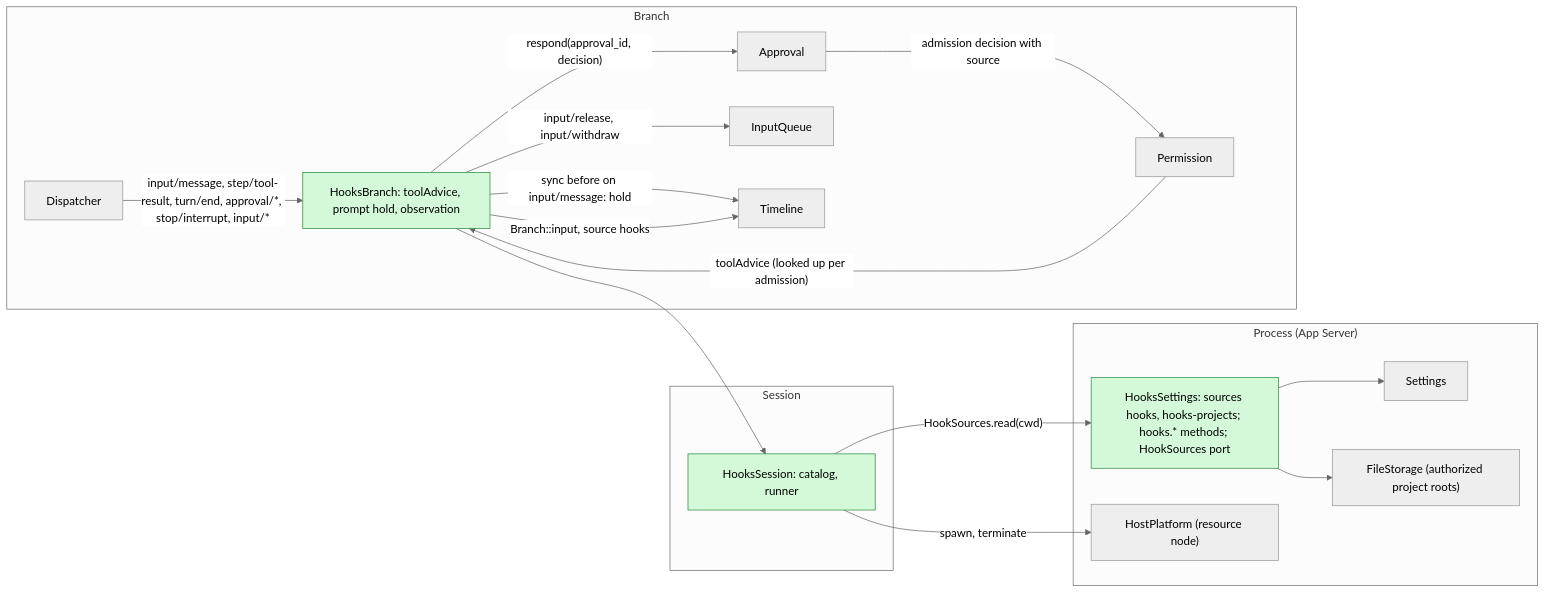
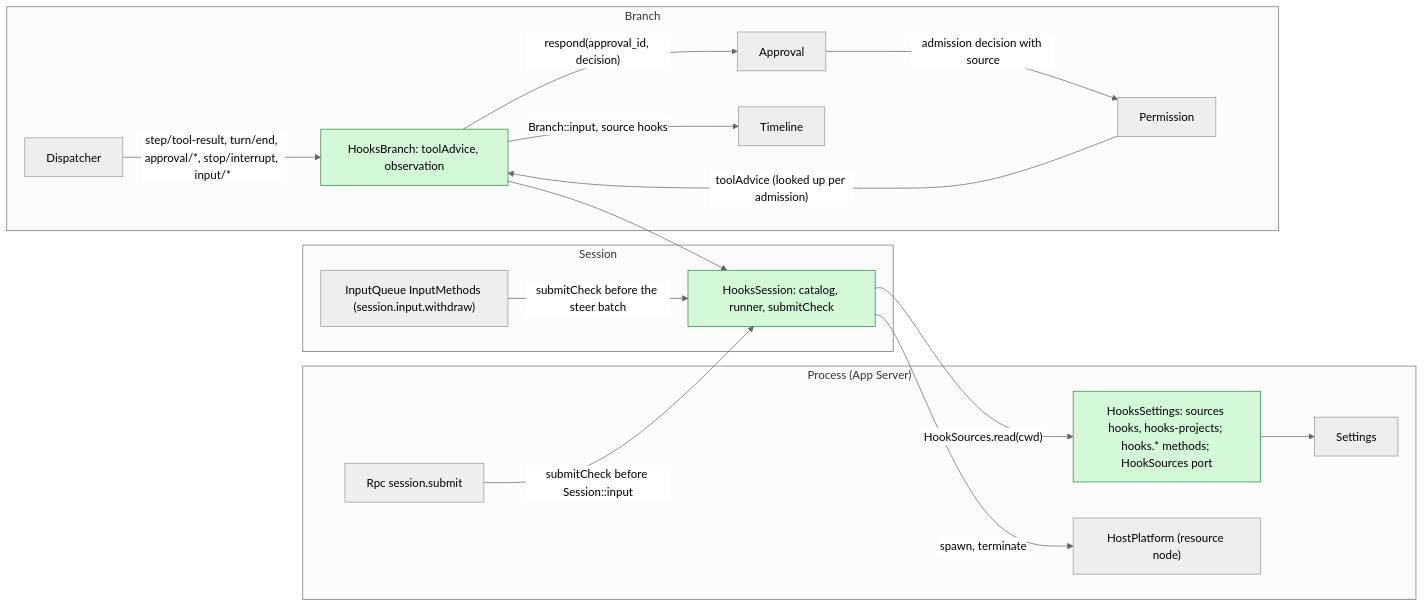
The first of 6 diagrams in docs/design/plugins/Hooks.md (CoutinhoTTS/dim-agent), drawn with Mermaid (neutral theme) before and after one commit. The commit also changed other lines of this file and 3 other files, not shown here.

````diff
--- a/docs/design/plugins/Hooks.md
+++ b/docs/design/plugins/Hooks.md
@@ -38,33 +38,32 @@
 ```mermaid
 flowchart LR
   subgraph PROC["Process (App Server)"]
     HSet["HooksSettings: sources hooks, hooks-projects; hooks.* methods; HookSources port"]:::new
     Settings["Settings"]
-    FS["FileStorage (authorized project roots)"]
+    Rpc["Rpc session.submit"]
     HP["HostPlatform (resource node)"]
   end
   subgraph SESS["Session"]
-    HS["HooksSession: catalog, runner"]:::new
+    HS["HooksSession: catalog, runner, submitCheck"]:::new
+    IM["InputQueue InputMethods (session.input.withdraw)"]
   end
   subgraph BR["Branch"]
-    HB["HooksBranch: toolAdvice, prompt hold, observation"]:::new
+    HB["HooksBranch: toolAdvice, observation"]:::new
     AP["Approval"]
     PM["Permission"]
-    IQ["InputQueue"]
     TL["Timeline"]
     DP["Dispatcher"]
   end
   HSet --> Settings
-  HSet --> FS
   HS -->|"HookSources.read(cwd)"| HSet
   HS -->|"spawn, terminate"| HP
+  Rpc -->|"submitCheck before Session::input"| HS
+  IM -->|"submitCheck before the steer batch"| HS
   HB --> HS
   AP -->|"admission decision with source"| PM
   PM -->|"toolAdvice (looked up per admission)"| HB
   HB -->|"respond(approval_id, decision)"| AP
-  HB -->|"input/release, input/withdraw"| IQ
-  HB -->|"sync before on input/message: hold"| TL
   HB -->|"Branch::input, source hooks"| TL
-  DP -->|"input/message, step/tool-result, turn/end, approval/*, stop/interrupt, input/*"| HB
+  DP -->|"step/tool-result, turn/end, approval/*, stop/interrupt, input/*"| HB
   classDef new fill:#d3f9d8,stroke:#2b8a3e,color:#000
 ```
````
